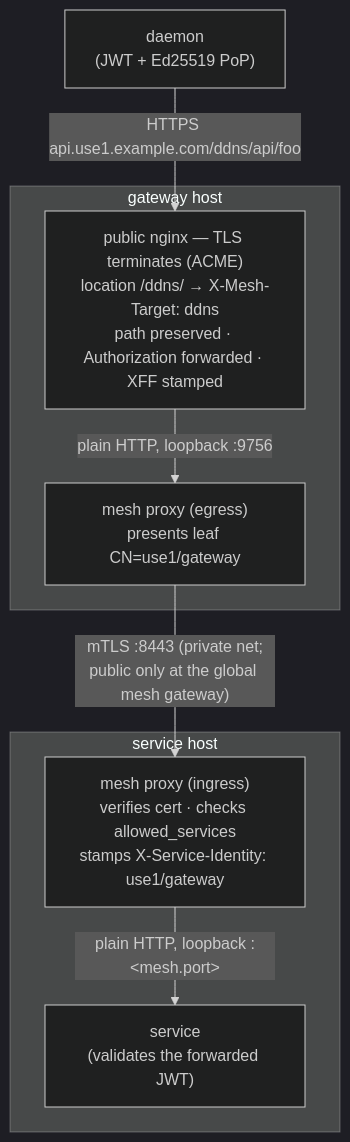
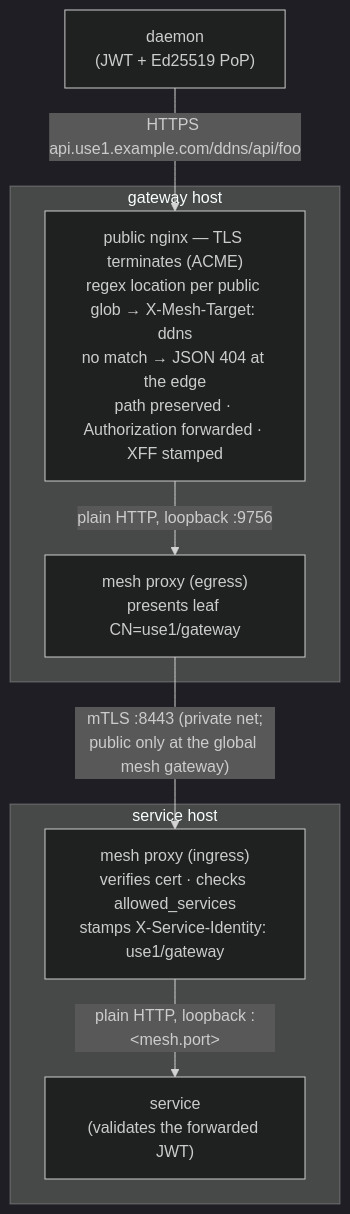
One commit to wardnet/inforge changed the first of 3 diagrams in website/docs/resources/gateway.md. Above: the diagram before and after it, drawn with Mermaid (dark theme). The commit also changed other lines of this file and 23 other files, not shown here.

First line of the commit message:
feat(gateway,mesh): path-level exposure control + gateway-world health addressing (ADR-0034) (#168)

````diff
--- a/website/docs/resources/gateway.md
+++ b/website/docs/resources/gateway.md
@@ -49,16 +59,16 @@
 ```mermaid
 flowchart TB
     daemon["daemon<br/>(JWT + Ed25519 PoP)"]
     subgraph gwhost ["gateway host"]
-        gwnginx["public nginx — TLS terminates (ACME)<br/>location /ddns/ → X-Mesh-Target: ddns<br/>path preserved · Authorization forwarded · XFF stamped"]
+        gwnginx["public nginx — TLS terminates (ACME)<br/>regex location per public glob → X-Mesh-Target: ddns<br/>no match → JSON 404 at the edge<br/>path preserved · Authorization forwarded · XFF stamped"]
         gwmesh["mesh proxy (egress)<br/>presents leaf CN=use1/gateway"]
         gwnginx -- "plain HTTP, loopback :9756" --> gwmesh
     end
     subgraph svchost ["service host"]
         svcmesh["mesh proxy (ingress)<br/>verifies cert · checks allowed_services<br/>stamps X-Service-Identity: use1/gateway"]
         svc["service<br/>(validates the forwarded JWT)"]
         svcmesh -- "plain HTTP, loopback :&lt;mesh.port&gt;" --> svc
     end
     daemon -- "HTTPS api.use1.example.com/ddns/api/foo" --> gwnginx
     gwmesh -- "mTLS :8443 (private net;<br/>public only at the global mesh gateway)" --> svcmesh
 ```
````
